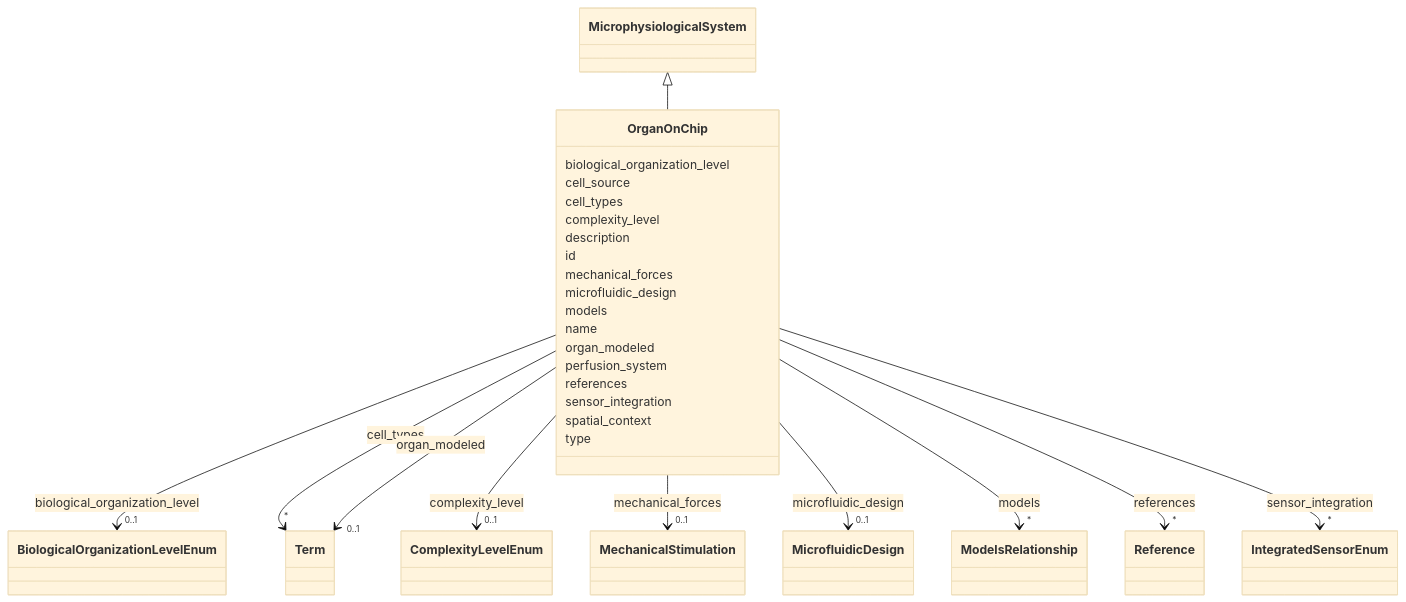
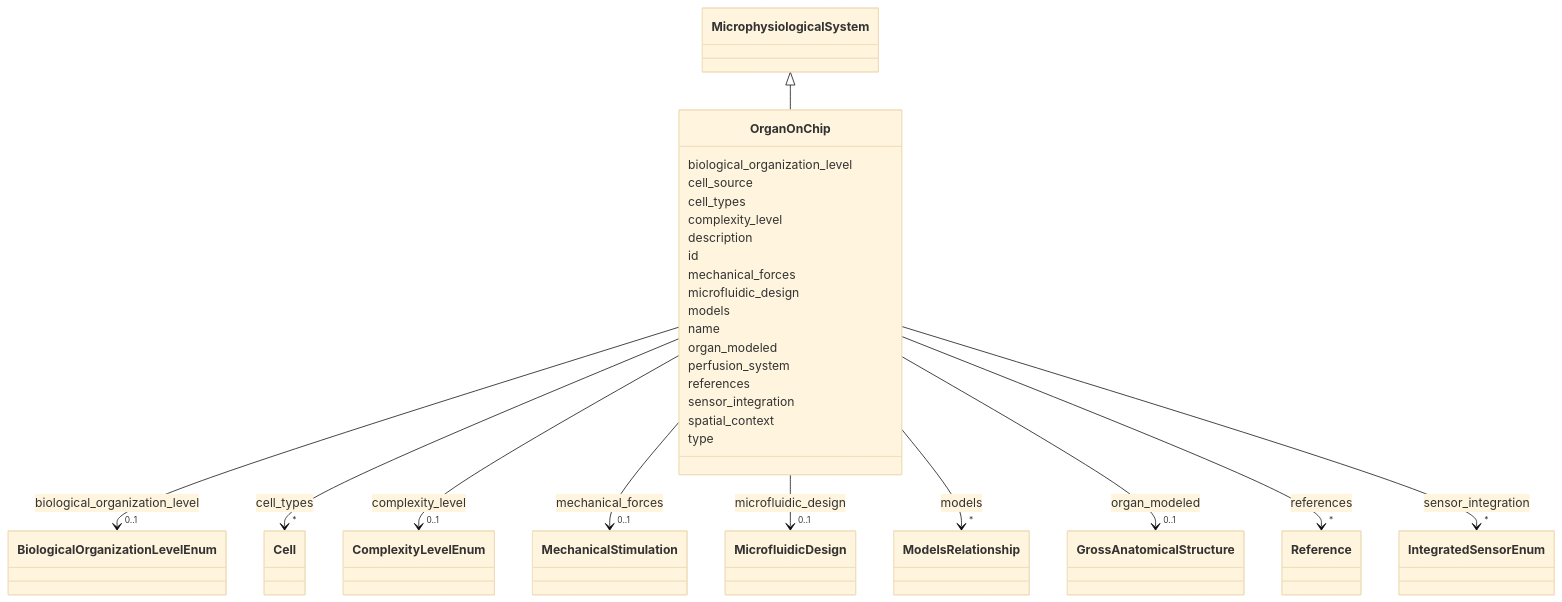
The diagram in docs/elements/OrganOnChip.md (monarch-initiative/namo), drawn with Mermaid (base theme) before and after one commit. The commit also changed other lines of this file and 307 other files, not shown here.

```diff
--- a/docs/elements/OrganOnChip.md
+++ b/docs/elements/OrganOnChip.md
@@ -41,8 +46,8 @@
     
         
         
-        OrganOnChip --> "*" Term : cell_types
-        click Term href "../Term/"
+        OrganOnChip --> "*" Cell : cell_types
+        click Cell href "../Cell/"
     
 
         
@@ -102,8 +107,8 @@
     
         
         
-        OrganOnChip --> "0..1" Term : organ_modeled
-        click Term href "../Term/"
+        OrganOnChip --> "0..1" GrossAnatomicalStructure : organ_modeled
+        click GrossAnatomicalStructure href "../GrossAnatomicalStructure/"
     
 
         
```
